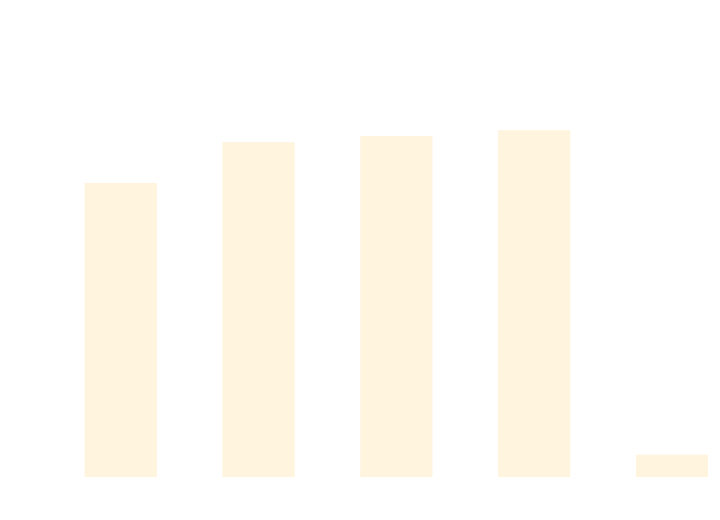
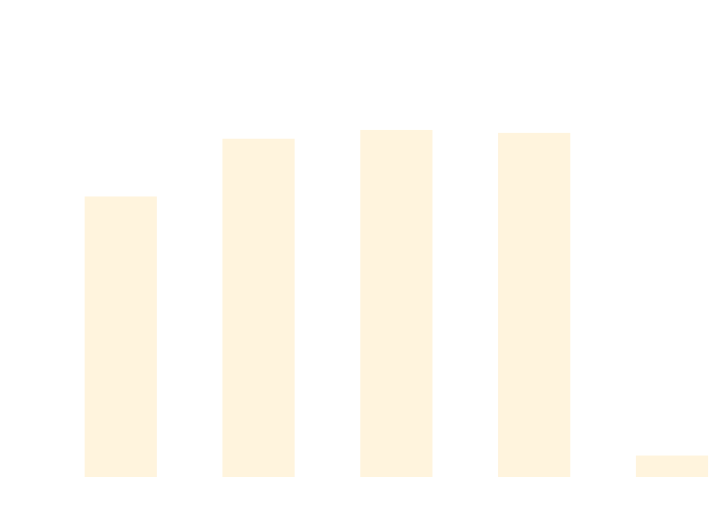
The diagram in docs/docs/benchmarks/DataDrivenTests.md (thomhurst/TUnit), drawn with Mermaid before and after one commit. The commit also changed other lines of this file and 17 other files, not shown here.

````diff
--- a/docs/docs/benchmarks/DataDrivenTests.md
+++ b/docs/docs/benchmarks/DataDrivenTests.md
@@ -27,37 +27,37 @@
 ```mermaid
 %%{init: {
   'theme':'base',
   'themeVariables': {
     'primaryColor': '#2563eb',
     'primaryTextColor': '#ffffff',
     'primaryBorderColor': '#1e40af',
     'lineColor': '#6b7280',
     'secondaryColor': '#7c3aed',
     'tertiaryColor': '#dc2626',
     'background': '#ffffff',
     'mainBkg': '#2563eb',
     'secondBkg': '#7c3aed',
     'tertiaryBkg': '#dc2626',
     'clusterBkg': '#f3f4f6',
     'edgeLabelBackground': '#ffffff',
     'tertiaryTextColor': '#1f2937',
     'pie1': '#2563eb',
     'pie2': '#7c3aed',
     'pie3': '#dc2626',
     'pie4': '#f59e0b',
     'pie5': '#10b981',
     'pie6': '#06b6d4',
     'pie7': '#ec4899',
     'pie8': '#6366f1',
     'pie9': '#84cc16',
     'pie10': '#f97316',
     'pie11': '#14b8a6',
     'pie12': '#a855f7'
   }
 }}%%
 xychart-beta
   title "DataDrivenTests Performance Comparison"
   x-axis ["TUnit", "NUnit", "MSTest", "xUnit3", "TUnit_AOT"]
-  y-axis "Time (ms)" 0 --> 726
-  bar [510.37, 583.06, 594.23, 604.34, 25.55]
+  y-axis "Time (ms)" 0 --> 727
+  bar [486.77, 589.92, 605.63, 600.41, 24.05]
 ```
````
